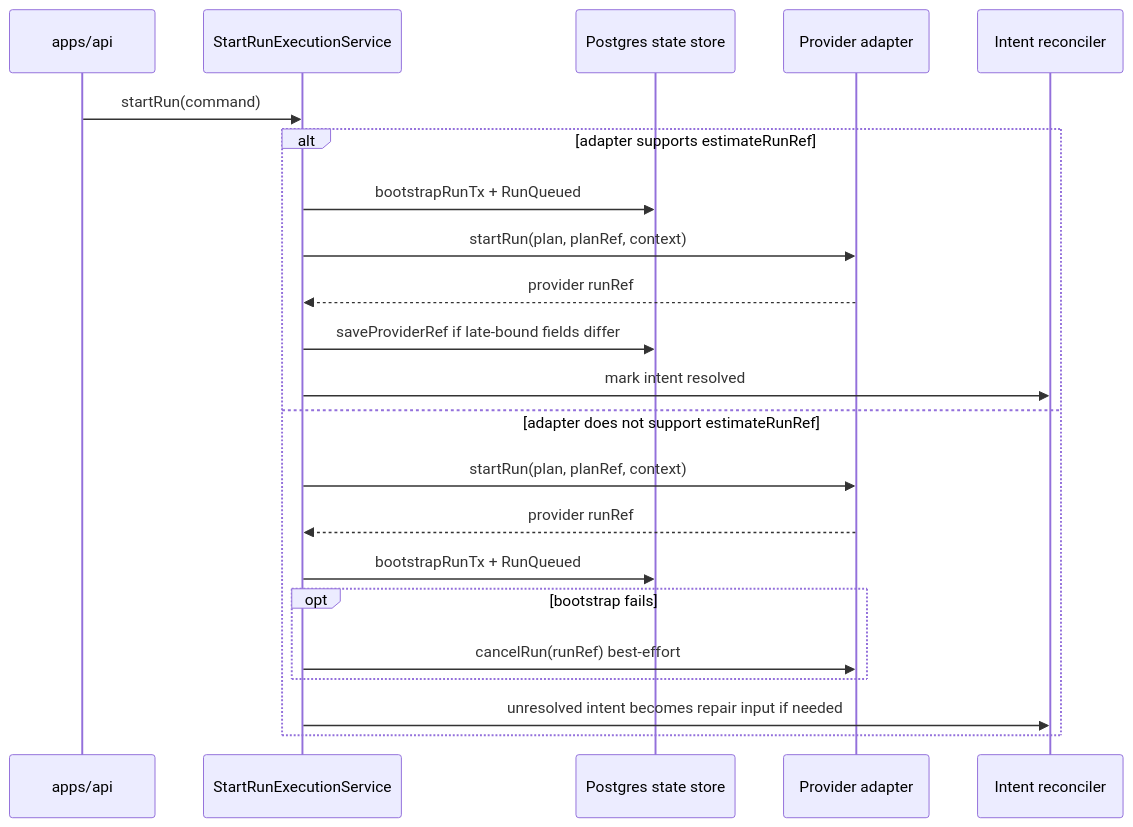
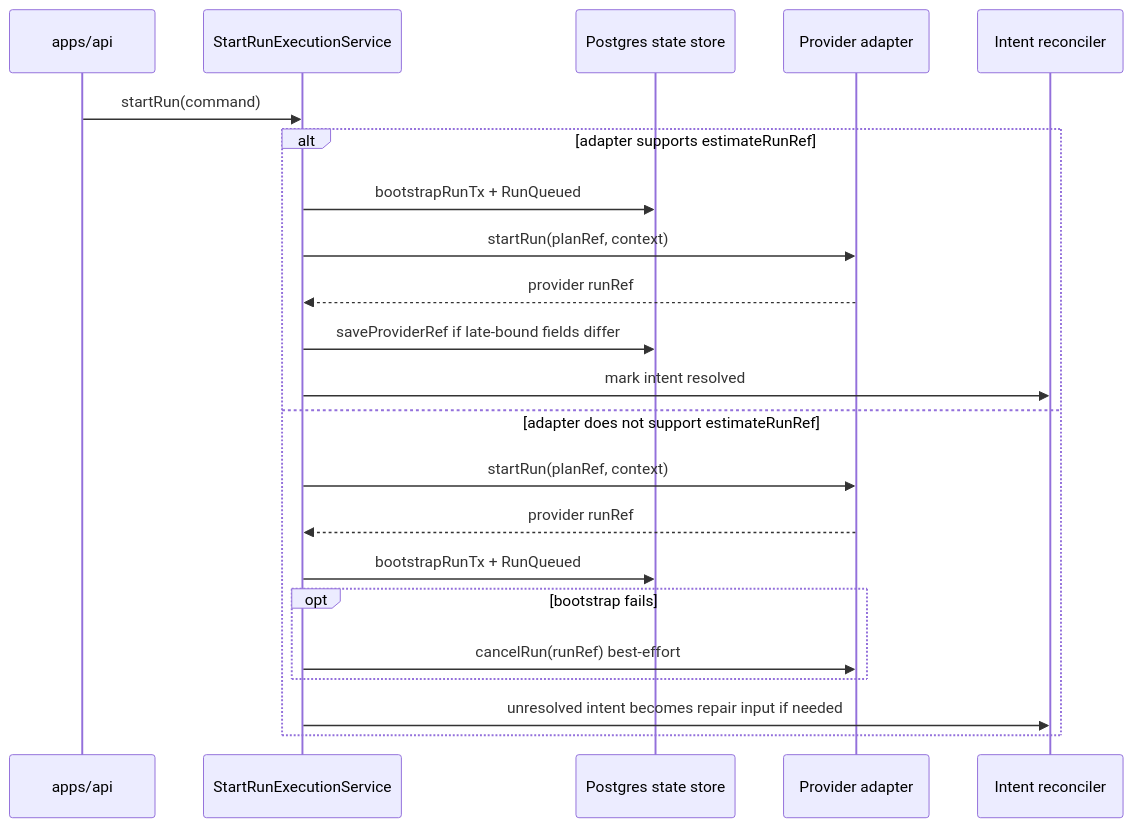
The second of 2 diagrams in docs/architecture/system/distributed-consistency-model.md (dunay2/dvt), drawn with Mermaid before and after one commit. The commit also changed 48 other files, not shown here.

Commit message:
fix(contracts): Hard-cut provider startRun to PlanRef

````diff
--- a/docs/architecture/system/distributed-consistency-model.md
+++ b/docs/architecture/system/distributed-consistency-model.md
@@ -151,25 +151,25 @@
 ```mermaid
 sequenceDiagram
     participant API as apps/api
     participant Engine as StartRunExecutionService
     participant PG as Postgres state store
     participant Adapter as Provider adapter
     participant Reconciler as Intent reconciler
 
     API->>Engine: startRun(command)
     alt adapter supports estimateRunRef
         Engine->>PG: bootstrapRunTx + RunQueued
-        Engine->>Adapter: startRun(plan, planRef, context)
+        Engine->>Adapter: startRun(planRef, context)
         Adapter-->>Engine: provider runRef
         Engine->>PG: saveProviderRef if late-bound fields differ
         Engine->>Reconciler: mark intent resolved
     else adapter does not support estimateRunRef
-        Engine->>Adapter: startRun(plan, planRef, context)
+        Engine->>Adapter: startRun(planRef, context)
         Adapter-->>Engine: provider runRef
         Engine->>PG: bootstrapRunTx + RunQueued
         opt bootstrap fails
             Engine->>Adapter: cancelRun(runRef) best-effort
         end
         Engine->>Reconciler: unresolved intent becomes repair input if needed
     end
 ```
````
